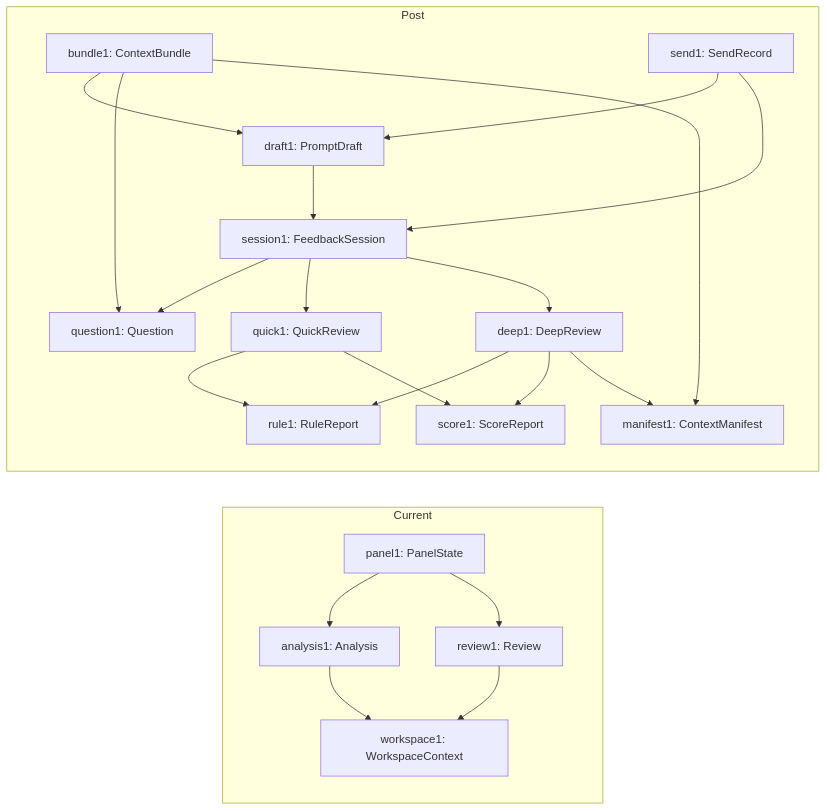
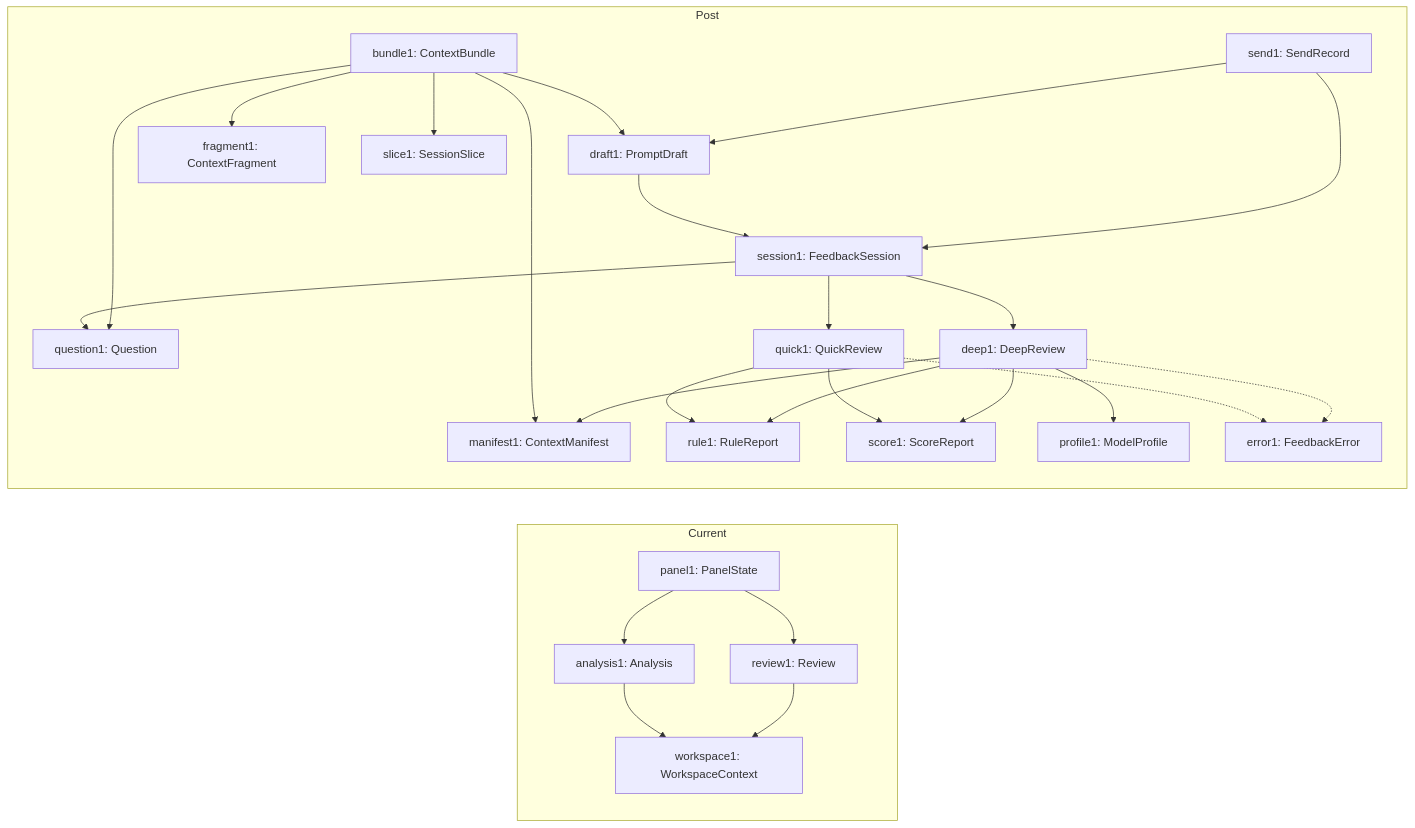
The second of 4 diagrams in docs/LLD.md (Diekgbbtt/Preflight), drawn with Mermaid before and after one commit. The commit also changed other lines of this file, not shown here.

Commit message:
Add context, session, profile, and fresh-score views to LLD

````diff
--- a/docs/LLD.md
+++ b/docs/LLD.md
@@ -39,25 +41,30 @@
 ```mermaid
 flowchart LR
   subgraph Current
     panel1["panel1: PanelState"] --> analysis1["analysis1: Analysis"]
     panel1 --> review1["review1: Review"]
     analysis1 --> workspace1["workspace1: WorkspaceContext"]
     review1 --> workspace1
   end
   subgraph Post
     draft1["draft1: PromptDraft"] --> session1["session1: FeedbackSession"]
     session1 --> question1["question1: Question"]
     session1 --> quick1["quick1: QuickReview"]
     session1 --> deep1["deep1: DeepReview"]
     bundle1["bundle1: ContextBundle"] --> draft1
     bundle1 --> question1
+    bundle1 --> fragment1["fragment1: ContextFragment"]
+    bundle1 --> slice1["slice1: SessionSlice"]
     bundle1 --> manifest1["manifest1: ContextManifest"]
     quick1 --> rule1["rule1: RuleReport"]
     quick1 --> score1["score1: ScoreReport"]
     deep1 --> rule1
     deep1 --> score1
     deep1 --> manifest1
+    deep1 --> profile1["profile1: ModelProfile"]
+    quick1 -.-> error1["error1: FeedbackError"]
+    deep1 -.-> error1
     send1["send1: SendRecord"] --> draft1
     send1 --> session1
   end
 ```
````
